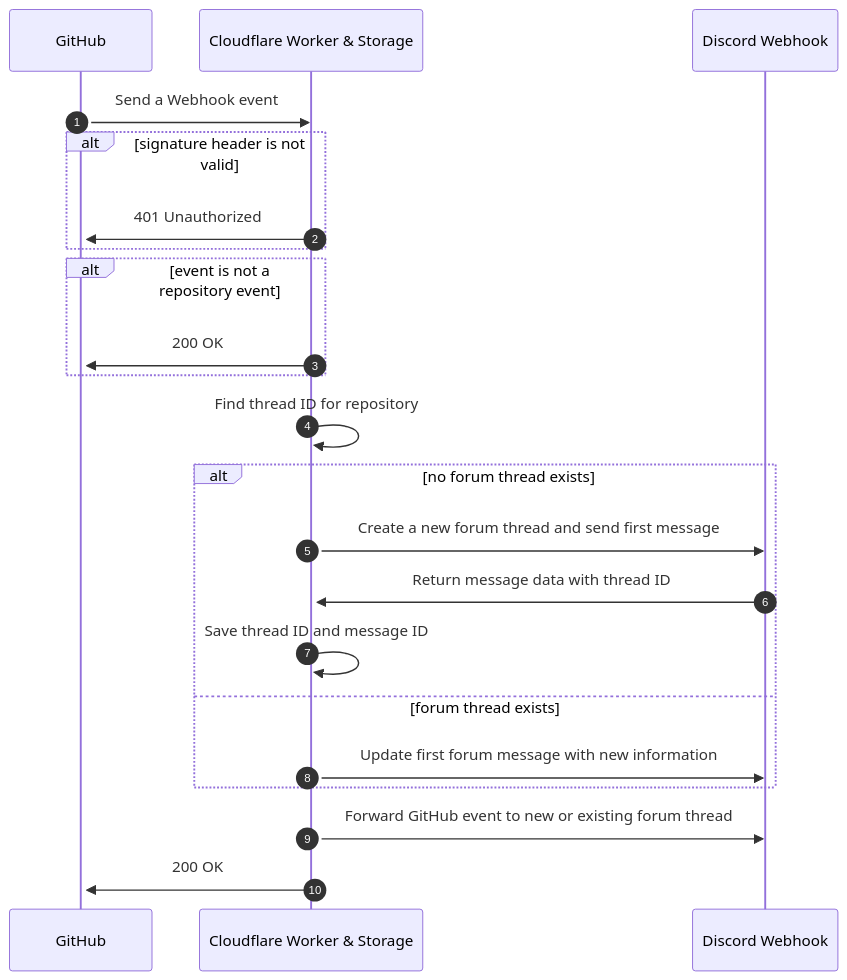
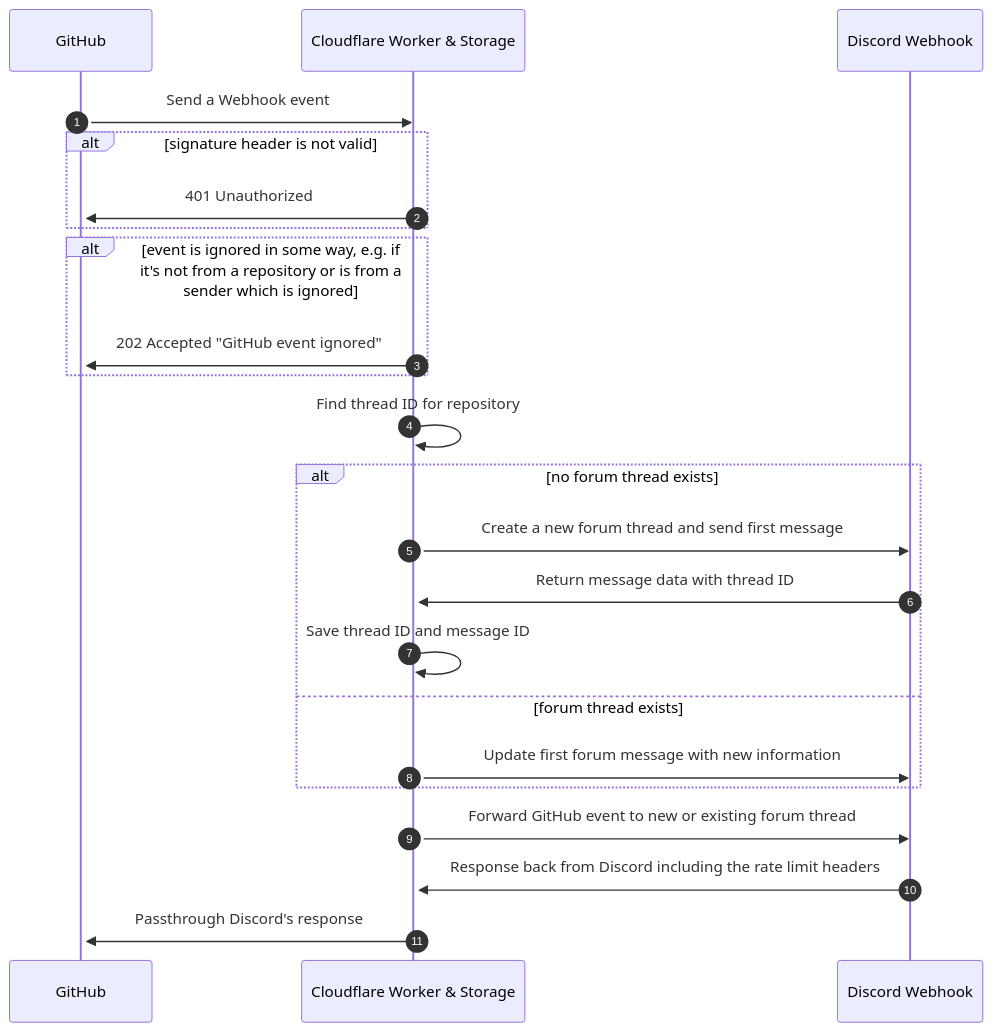
Before and after one commit to biaw/gitcord-forum: the diagram in README.md, drawn with Mermaid. The commit also changed other lines of this file, not shown here.

````diff
--- a/README.md
+++ b/README.md
@@ -30,32 +34,33 @@
 ```mermaid
 sequenceDiagram
     autonumber
     participant G as GitHub
     participant W as Cloudflare Worker & Storage
     participant D as Discord Webhook
 
     activate G
     G->>W: Send a Webhook event
     activate W
 
     alt signature header is not valid
         W->>G: 401 Unauthorized
     end
 
-    alt event is not a repository event
-        W->>G: 200 OK
+    alt event is ignored in some way, e.g. if it's not from a repository or is from a sender which is ignored
+        W->>G: 202 Accepted "GitHub event ignored"
     end
 
     W->>W: Find thread ID for repository
 
     alt no forum thread exists
         W->>D: Create a new forum thread and send first message
         D->>W: Return message data with thread ID
         W->>W: Save thread ID and message ID
     else forum thread exists
         W->>D: Update first forum message with new information
     end
 
     W->>D: Forward GitHub event to new or existing forum thread
-    W->>G: 200 OK
+    D->>W: Response back from Discord including the rate limit headers
+    W->>G: Passthrough Discord's response
 ```
````
